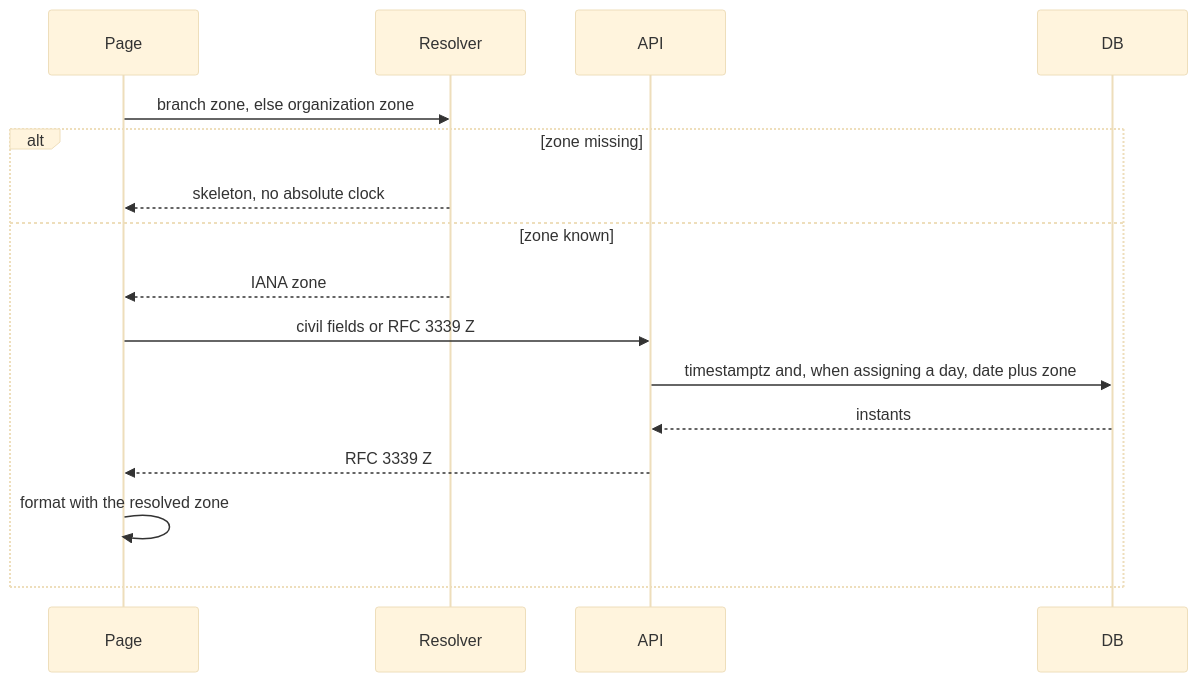
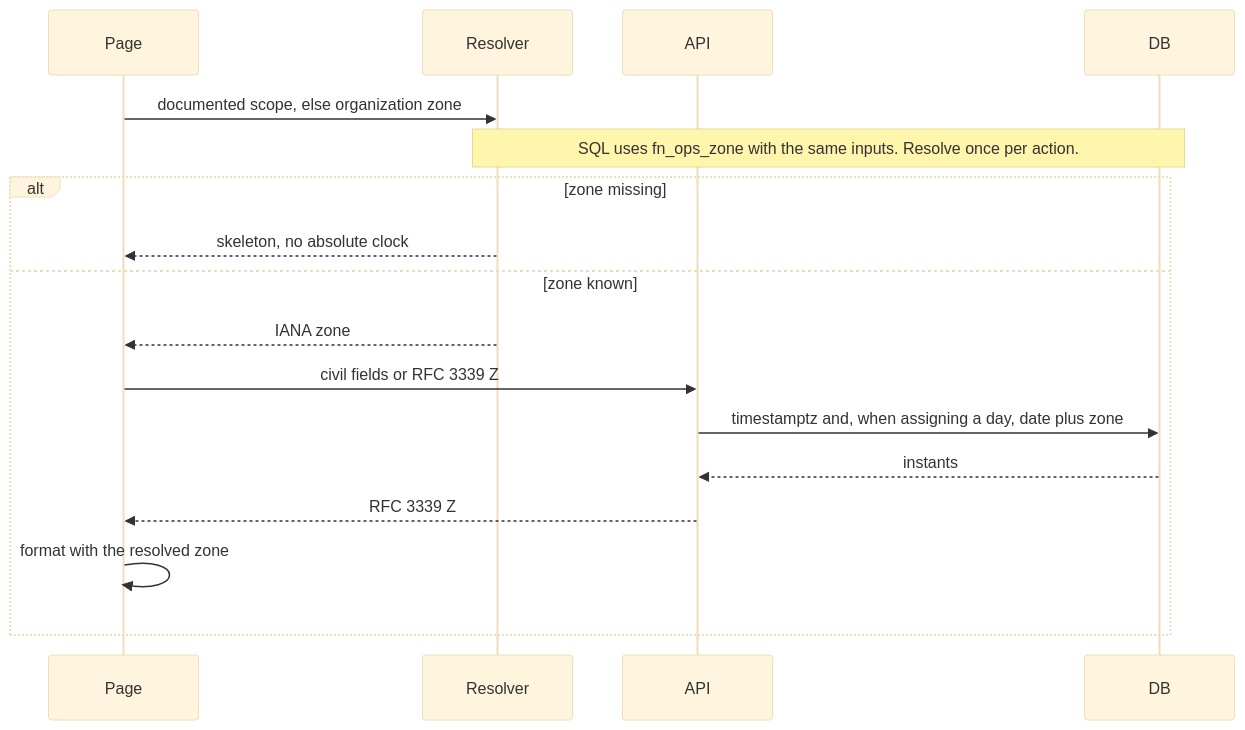
Before and after one commit to GhAli21/cleanmatex: the third of 3 diagrams in docs/features/Time_and_Timezone/developer_guide_mermaid.md, drawn with Mermaid (base theme). The commit also changed other lines of this file and 83 other files, not shown here.

````diff
--- a/docs/features/Time_and_Timezone/developer_guide_mermaid.md
+++ b/docs/features/Time_and_Timezone/developer_guide_mermaid.md
@@ -34,18 +38,19 @@
 ```mermaid
 sequenceDiagram
   participant Page
   participant Resolver
   participant API
   participant DB
-  Page->>Resolver: branch zone, else organization zone
+  Page->>Resolver: documented scope, else organization zone
+  Note over Resolver,DB: SQL uses fn_ops_zone with the same inputs. Resolve once per action.
   alt zone missing
     Resolver-->>Page: skeleton, no absolute clock
   else zone known
     Resolver-->>Page: IANA zone
     Page->>API: civil fields or RFC 3339 Z
     API->>DB: timestamptz and, when assigning a day, date plus zone
     DB-->>API: instants
     API-->>Page: RFC 3339 Z
     Page->>Page: format with the resolved zone
   end
 ```
````
